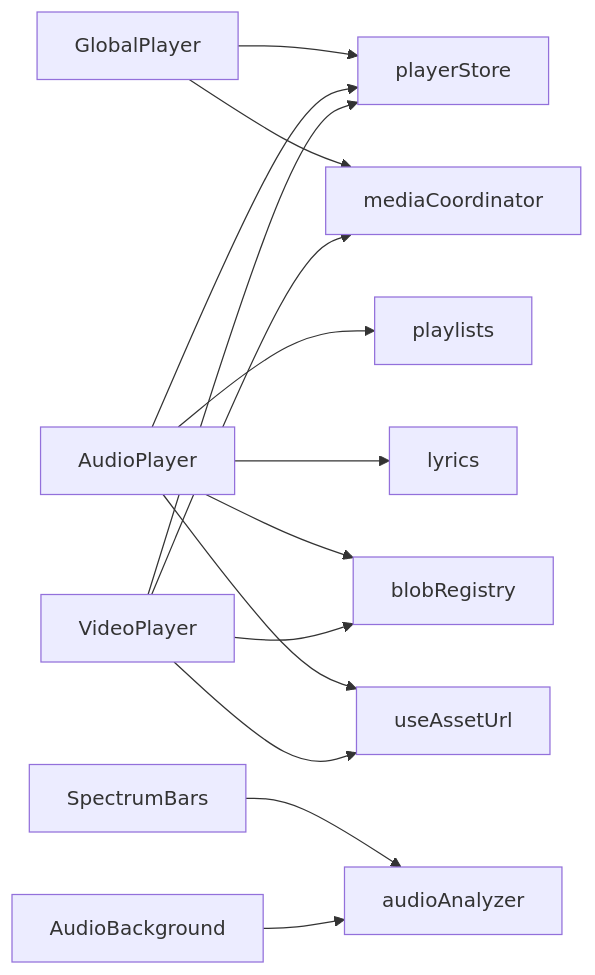
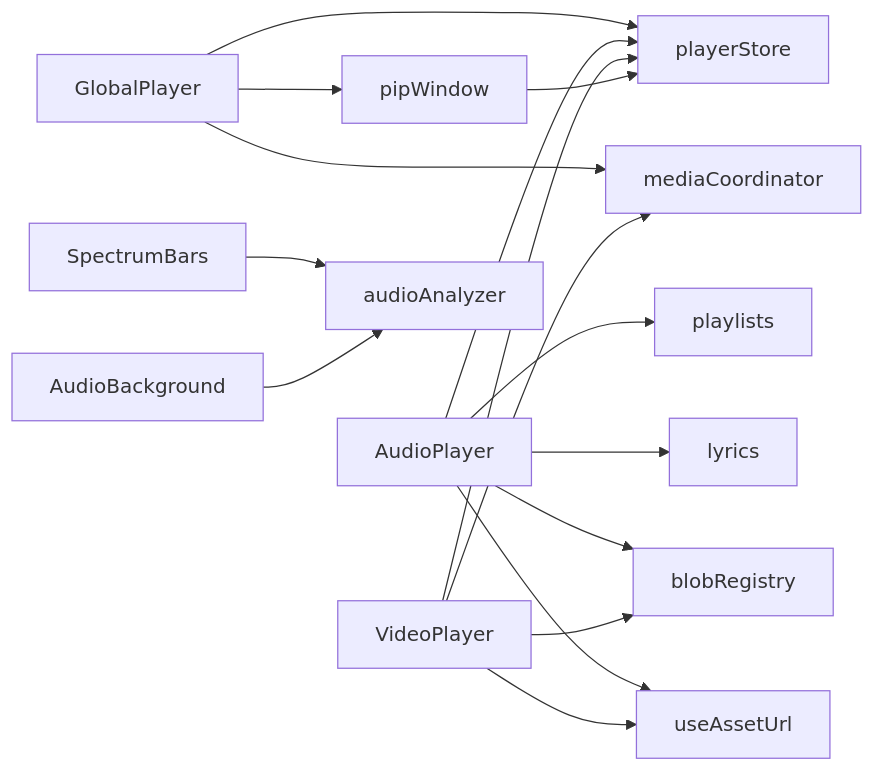
The tenth of 10 diagrams in .qoder/repowiki/zh/content/用户界面组件/媒体播放器.md (suqi-bot/SuQCanvas), drawn with Mermaid before and after one commit. The commit also changed other lines of this file and 71 other files, not shown here.

````diff
--- a/.qoder/repowiki/zh/content/用户界面组件/媒体播放器.md
+++ b/.qoder/repowiki/zh/content/用户界面组件/媒体播放器.md
@@ -433,16 +485,18 @@
 ```mermaid
 graph LR
 GP["GlobalPlayer"] --> PS["playerStore"]
 GP --> MC["mediaCoordinator"]
+GP --> PW["pipWindow"]
 AP["AudioPlayer"] --> PS
 AP --> PL["playlists"]
 AP --> LY["lyrics"]
 AP --> BR["blobRegistry"]
 AP --> UA["useAssetUrl"]
 VP["VideoPlayer"] --> PS
 VP --> BR
 VP --> UA
 VP --> MC
+PW --> PS
 SB["SpectrumBars"] --> AC["audioAnalyzer"]
 ABG["AudioBackground"] --> AC
 ```
````
